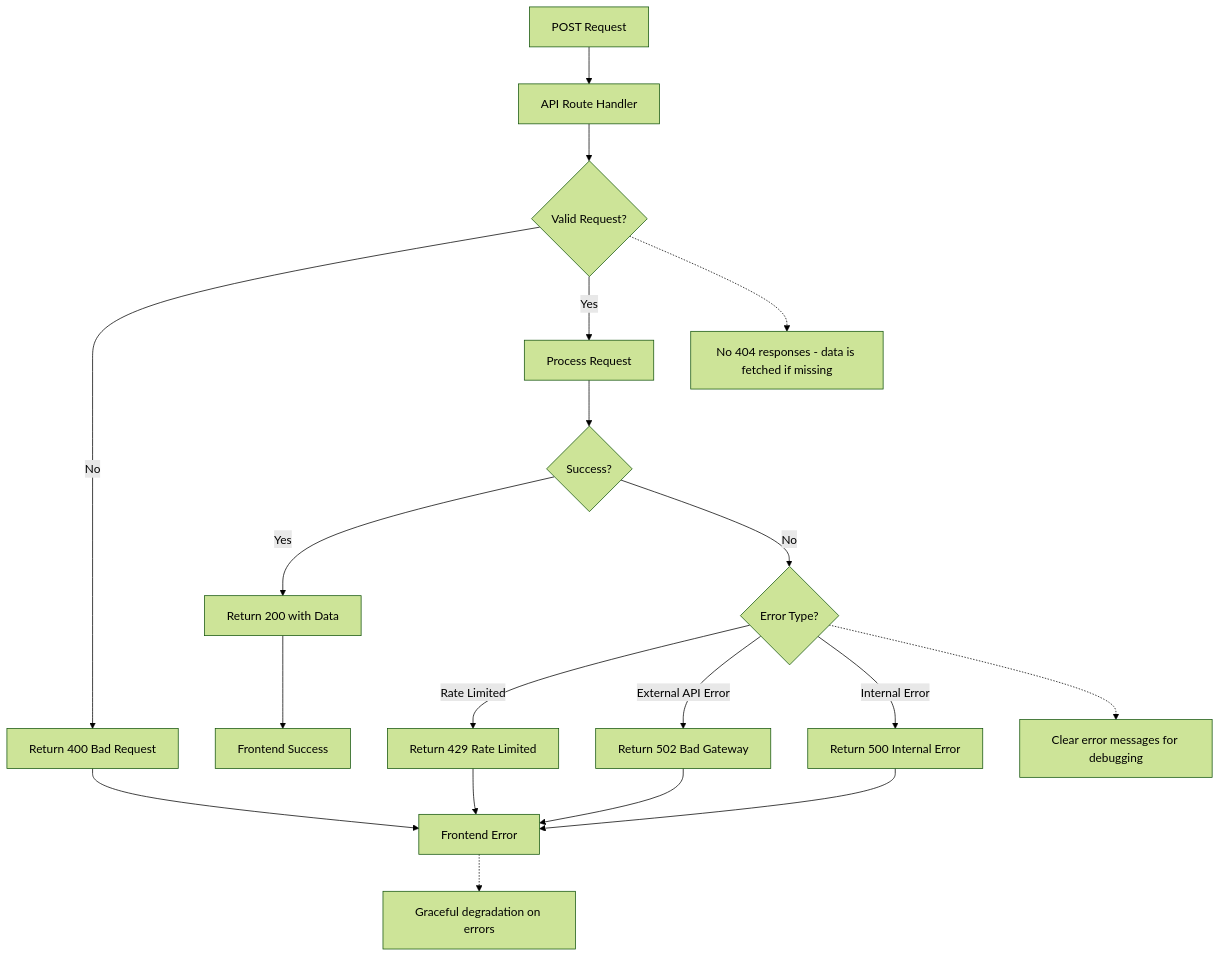
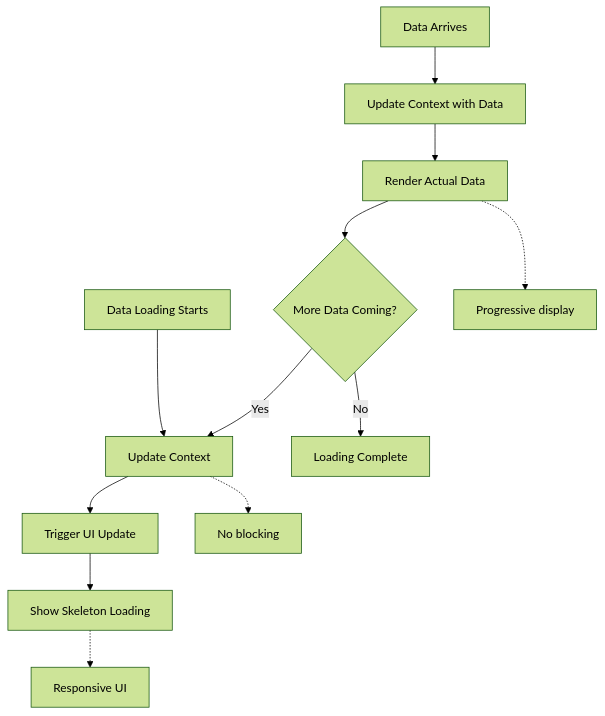
The fourth of 4 diagrams in docs/architecture.md (szarroug3/dota-data), drawn with Mermaid (forest theme) before and after one commit. The commit also changed other lines of this file and 341 other files, not shown here.

````diff
--- a/docs/architecture.md
+++ b/docs/architecture.md
@@ -161,38 +204,27 @@
 ```mermaid
 flowchart TD
-    %% Request Flow
-    REQUEST[POST Request] --> API[API Route Handler]
+    %% Data Loading
+    LOAD[Data Loading Starts] --> CONTEXT[Update Context]
     
-    %% Validation
-    API --> VALIDATE{Valid Request?}
-    VALIDATE -->|No| ERROR_400[Return 400 Bad Request]
+    %% Context Updates
+    CONTEXT --> UI_UPDATE[Trigger UI Update]
+    UI_UPDATE --> SKELETON[Show Skeleton Loading]
     
-    %% Processing
-    VALIDATE -->|Yes| PROCESS[Process Request]
-    PROCESS --> SUCCESS{Success?}
+    %% Data Arrives
+    DATA[Data Arrives] --> UPDATE[Update Context with Data]
+    UPDATE --> RENDER[Render Actual Data]
     
-    %% Success Path
-    SUCCESS -->|Yes| RETURN_200[Return 200 with Data]
-    
-    %% Error Paths
-    SUCCESS -->|No| ERROR_TYPE{Error Type?}
-    ERROR_TYPE -->|Rate Limited| ERROR_429[Return 429 Rate Limited]
-    ERROR_TYPE -->|External API Error| ERROR_502[Return 502 Bad Gateway]
-    ERROR_TYPE -->|Internal Error| ERROR_500[Return 500 Internal Error]
-    
-    %% Response
-    RETURN_200 --> FRONTEND[Frontend Success]
-    ERROR_400 --> FRONTEND_ERROR[Frontend Error]
-    ERROR_429 --> FRONTEND_ERROR
-    ERROR_502 --> FRONTEND_ERROR
-    ERROR_500 --> FRONTEND_ERROR
+    %% Progressive Updates
+    RENDER --> MORE_DATA{More Data Coming?}
+    MORE_DATA -->|Yes| CONTEXT
+    MORE_DATA -->|No| COMPLETE[Loading Complete]
     
     %% Notes
-    N1[No 404 responses - data is fetched if missing]
-    N2[Clear error messages for debugging]
-    N3[Graceful degradation on errors]
+    N1[Progressive display]
+    N2[Responsive UI]
+    N3[No blocking]
     
-    VALIDATE -.-> N1
-    ERROR_TYPE -.-> N2
-    FRONTEND_ERROR -.-> N3
+    RENDER -.-> N1
+    SKELETON -.-> N2
+    CONTEXT -.-> N3
 ```
````
